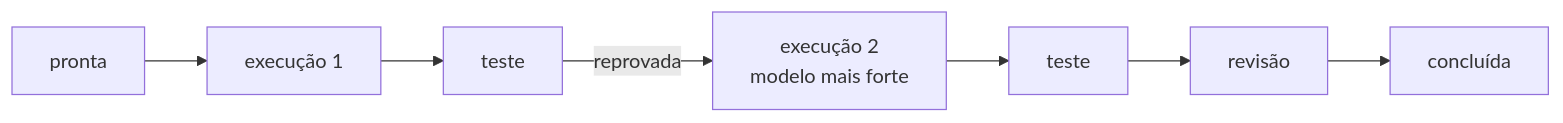
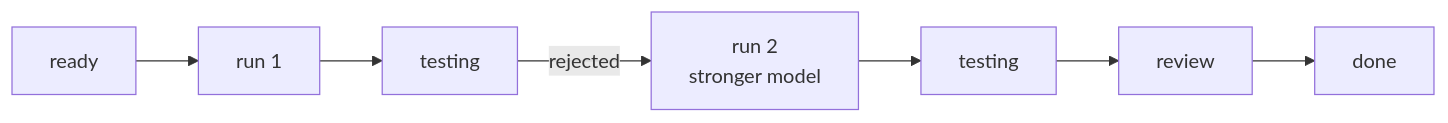
The diagram in docs/tasks/en/E4-task-production-line/FAB-408-milestone-e4-rejected-on-purpose-reworked-and-done.md (enzoconsulo/factory-tcc), drawn with Mermaid before and after one commit. The commit also changed other lines of this file and 52 other files, not shown here.

````diff
--- a/docs/tasks/en/E4-task-production-line/FAB-408-milestone-e4-rejected-on-purpose-reworked-and-done.md
+++ b/docs/tasks/en/E4-task-production-line/FAB-408-milestone-e4-rejected-on-purpose-reworked-and-done.md
@@ -11,5 +11,5 @@
 ```mermaid
 flowchart LR
-  A["pronta"] --> B["execução 1"] --> C["teste"]
-  C -- "reprovada" --> D["execução 2<br/>modelo mais forte"] --> E["teste"] --> F["revisão"] --> G["concluída"]
+  A["ready"] --> B["run 1"] --> C["testing"]
+  C -- "rejected" --> D["run 2<br/>stronger model"] --> E["testing"] --> F["review"] --> G["done"]
 ```
````
